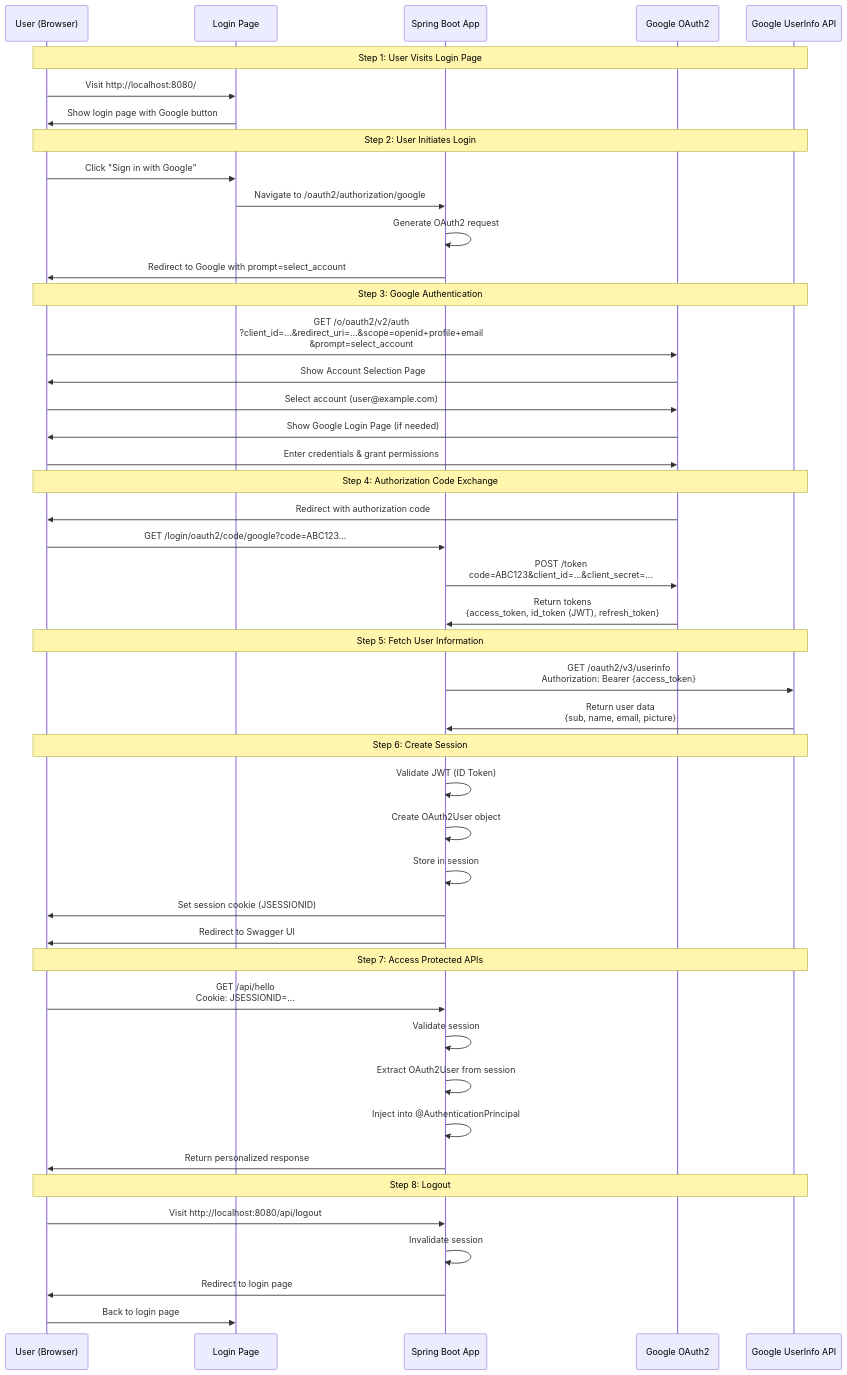
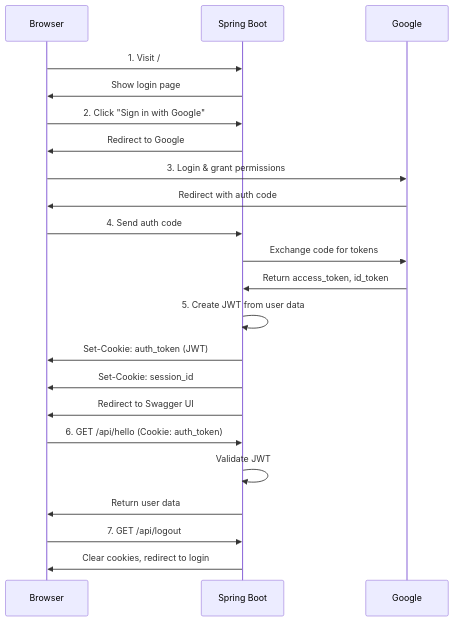
One commit to dkothari21/spring-oauth2-google-login changed the second of 11 diagrams in docs/ARCHITECTURE.md. Above: the diagram before and after it, drawn with Mermaid. The commit also changed other lines of this file and 8 other files, not shown here.

Commit message:
feat: Implement stateless JWT-based authentication for Google OAuth2, replacing session management.

````diff
--- a/docs/ARCHITECTURE.md
+++ b/docs/ARCHITECTURE.md
@@ -58,55 +58,31 @@
 ```mermaid
 sequenceDiagram
-    participant U as User (Browser)
-    participant LP as Login Page
-    participant S as Spring Boot App
-    participant G as Google OAuth2
-    participant UI as Google UserInfo API
+    participant Browser
+    participant App as Spring Boot
+    participant Google
     
-    Note over U,UI: Step 1: User Visits Login Page
-    U->>LP: Visit http://localhost:8080/
-    LP->>U: Show login page with Google button
+    Browser->>App: 1. Visit /
+    App->>Browser: Show login page
     
-    Note over U,UI: Step 2: User Initiates Login
-    U->>LP: Click "Sign in with Google"
-    LP->>S: Navigate to /oauth2/authorization/google
-    S->>S: Generate OAuth2 request
-    S->>U: Redirect to Google with prompt=select_account
+    Browser->>App: 2. Click "Sign in with Google"
+    App->>Browser: Redirect to Google
     
-    Note over U,UI: Step 3: Google Authentication
-    U->>G: GET /o/oauth2/v2/auth<br/>?client_id=...&redirect_uri=...&scope=openid+profile+email<br/>&prompt=select_account
-    G->>U: Show Account Selection Page
-    U->>G: Select account (user@example.com)
-    G->>U: Show Google Login Page (if needed)
-    U->>G: Enter credentials & grant permissions
+    Browser->>Google: 3. Login & grant permissions
+    Google->>Browser: Redirect with auth code
     
-    Note over U,UI: Step 4: Authorization Code Exchange
-    G->>U: Redirect with authorization code
-    U->>S: GET /login/oauth2/code/google?code=ABC123...
-    S->>G: POST /token<br/>code=ABC123&client_id=...&client_secret=...
-    G->>S: Return tokens<br/>{access_token, id_token (JWT), refresh_token}
+    Browser->>App: 4. Send auth code
+    App->>Google: Exchange code for tokens
+    Google->>App: Return access_token, id_token
     
-    Note over U,UI: Step 5: Fetch User Information
-    S->>UI: GET /oauth2/v3/userinfo<br/>Authorization: Bearer {access_token}
-    UI->>S: Return user data<br/>{sub, name, email, picture}
+    App->>App: 5. Create JWT from user data
+    App->>Browser: Set-Cookie: auth_token (JWT)
+    App->>Browser: Set-Cookie: session_id
+    App->>Browser: Redirect to Swagger UI
     
-    Note over U,UI: Step 6: Create Session
-    S->>S: Validate JWT (ID Token)
-    S->>S: Create OAuth2User object
-    S->>S: Store in session
-    S->>U: Set session cookie (JSESSIONID)
-    S->>U: Redirect to Swagger UI
+    Browser->>App: 6. GET /api/hello (Cookie: auth_token)
+    App->>App: Validate JWT
+    App->>Browser: Return user data
     
-    Note over U,UI: Step 7: Access Protected APIs
-    U->>S: GET /api/hello<br/>Cookie: JSESSIONID=...
-    S->>S: Validate session
-    S->>S: Extract OAuth2User from session
-    S->>S: Inject into @AuthenticationPrincipal
-    S->>U: Return personalized response
-    
-    Note over U,UI: Step 8: Logout
-    U->>S: Visit http://localhost:8080/api/logout
-    S->>S: Invalidate session
-    S->>U: Redirect to login page
-    U->>LP: Back to login page
+    Browser->>App: 7. GET /api/logout
+    App->>Browser: Clear cookies, redirect to login
 ```
````
